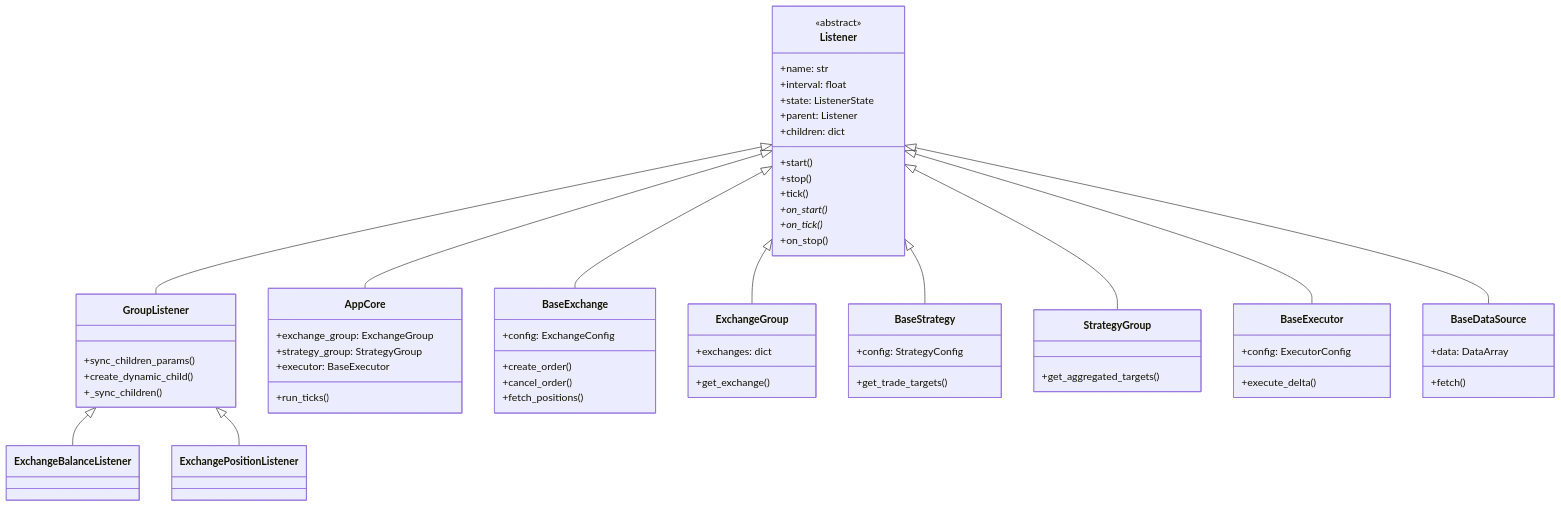
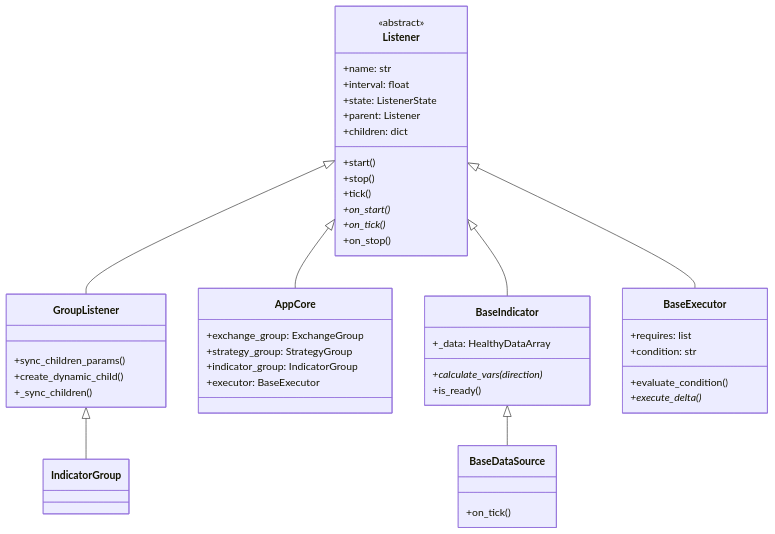
One commit to invoker-bot/HFT-Python changed the first of 3 diagrams in docs/architecture.md. Above: the diagram before and after it, drawn with Mermaid. The commit also changed other lines of this file and 77 other files, not shown here.

First line of the commit message:
Implement Feature 0005 (Executor Dynamic Conditions) and Feature 0006 (Indicator Unified Architecture)

````diff
--- a/docs/architecture.md
+++ b/docs/architecture.md
@@ -76,72 +78,54 @@
 ```mermaid
 classDiagram
     class Listener {
         <<abstract>>
         +name: str
         +interval: float
         +state: ListenerState
         +parent: Listener
         +children: dict
         +start()
         +stop()
         +tick()
         +on_start()*
         +on_tick()*
         +on_stop()
     }
 
     class GroupListener {
         +sync_children_params()
         +create_dynamic_child()
         +_sync_children()
     }
 
     class AppCore {
         +exchange_group: ExchangeGroup
         +strategy_group: StrategyGroup
+        +indicator_group: IndicatorGroup
         +executor: BaseExecutor
-        +run_ticks()
     }
 
-    class BaseExchange {
-        +config: ExchangeConfig
-        +create_order()
-        +cancel_order()
-        +fetch_positions()
+    class BaseIndicator {
+        +_data: HealthyDataArray
+        +calculate_vars(direction)*
+        +is_ready()
     }
 
-    class ExchangeGroup {
-        +exchanges: dict
-        +get_exchange()
-    }
-
-    class BaseStrategy {
-        +config: StrategyConfig
-        +get_trade_targets()
-    }
-
-    class StrategyGroup {
-        +get_aggregated_targets()
+    class BaseDataSource {
+        +on_tick()
     }
 
     class BaseExecutor {
-        +config: ExecutorConfig
-        +execute_delta()
-    }
-
-    class BaseDataSource {
-        +data: DataArray
-        +fetch()
+        +requires: list
+        +condition: str
+        +evaluate_condition()
+        +execute_delta()*
     }
 
     Listener <|-- GroupListener
     Listener <|-- AppCore
-    Listener <|-- BaseExchange
-    Listener <|-- ExchangeGroup
-    Listener <|-- BaseStrategy
-    Listener <|-- StrategyGroup
+    Listener <|-- BaseIndicator
     Listener <|-- BaseExecutor
-    Listener <|-- BaseDataSource
-    GroupListener <|-- ExchangeBalanceListener
-    GroupListener <|-- ExchangePositionListener
+    GroupListener <|-- IndicatorGroup
+    BaseIndicator <|-- BaseDataSource
 ```
````
